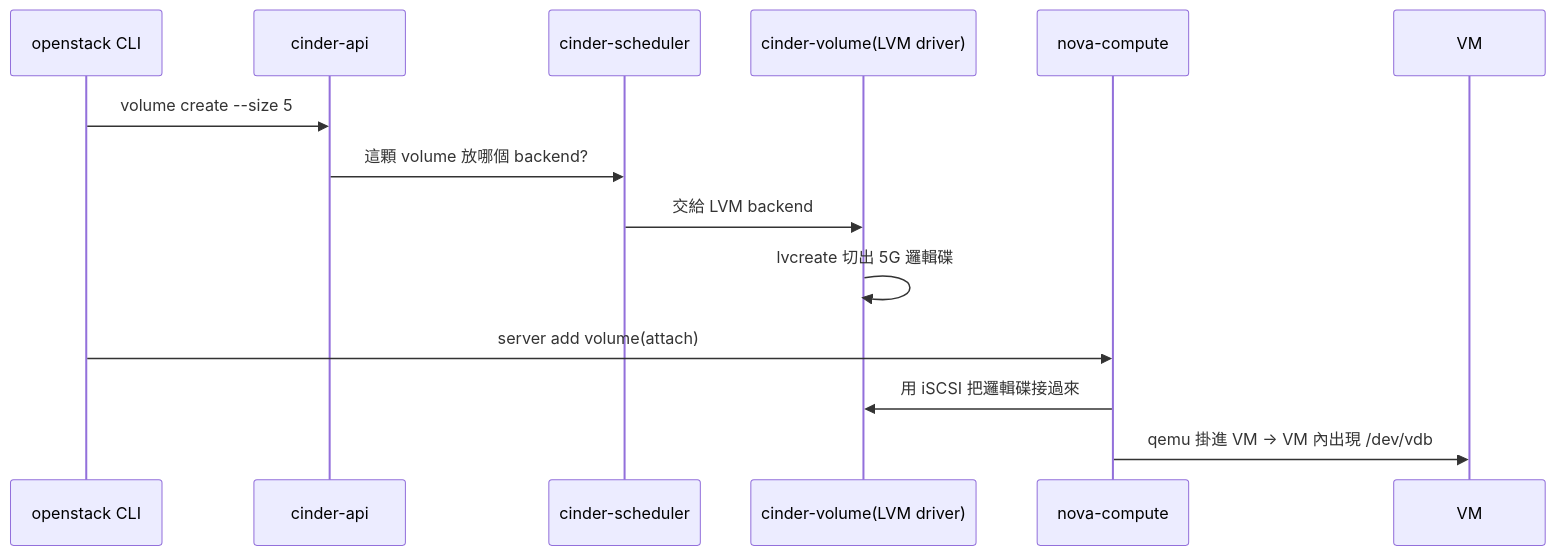
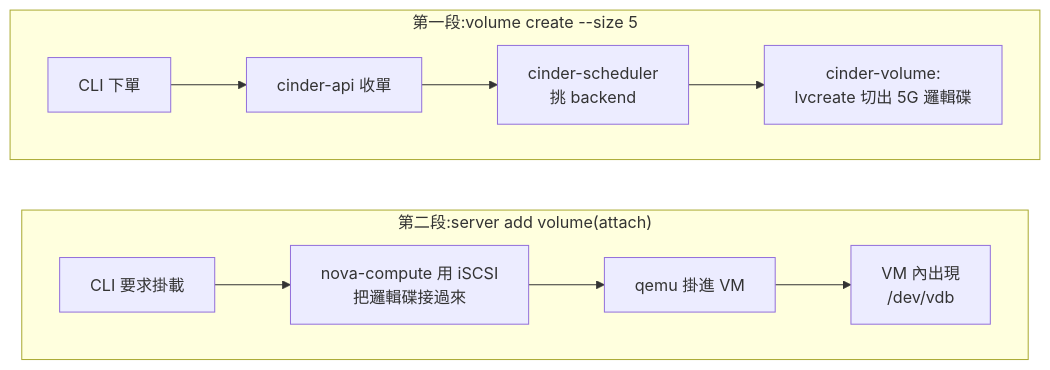
One commit to DeepWaveLab/OpenStackPracticing changed the first of 2 diagrams in docs/runbook/sprint3-day3-cinder-lvm.md. Above: the diagram before and after it, drawn with Mermaid. The commit also changed other lines of this file and 11 other files, not shown here.

Commit message:
docs: rewrite course chapters for reader-facing style with mermaid diagrams

````diff
--- a/docs/runbook/sprint3-day3-cinder-lvm.md
+++ b/docs/runbook/sprint3-day3-cinder-lvm.md
@@ -31,16 +31,12 @@
 ```mermaid
-sequenceDiagram
-    participant U as openstack CLI
-    participant A as cinder-api
-    participant S as cinder-scheduler
-    participant V as cinder-volume(LVM driver)
-    participant N as nova-compute
-    participant VM as VM
-    U->>A: volume create --size 5
-    A->>S: 這顆 volume 放哪個 backend?
-    S->>V: 交給 LVM backend
-    V->>V: lvcreate 切出 5G 邏輯碟
-    U->>N: server add volume(attach)
-    N->>V: 用 iSCSI 把邏輯碟接過來
-    N->>VM: qemu 掛進 VM → VM 內出現 /dev/vdb
+flowchart TB
+    subgraph p1["第一段:volume create --size 5"]
+        direction LR
+        C1["CLI 下單"] --> C2["cinder-api 收單"] --> C3["cinder-scheduler<br/>挑 backend"] --> C4["cinder-volume:<br/>lvcreate 切出 5G 邏輯碟"]
+    end
+    subgraph p2["第二段:server add volume(attach)"]
+        direction LR
+        A1["CLI 要求掛載"] --> A2["nova-compute 用 iSCSI<br/>把邏輯碟接過來"] --> A3["qemu 掛進 VM"] --> A4["VM 內出現<br/>/dev/vdb"]
+    end
+    C4 ~~~ A1
 ```
````
